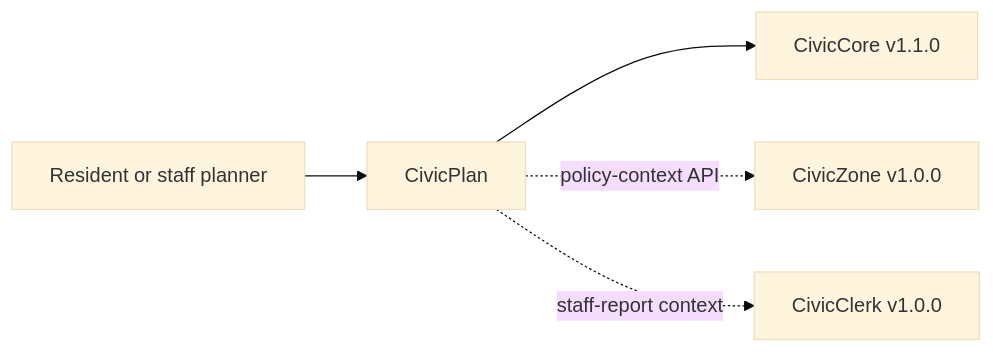
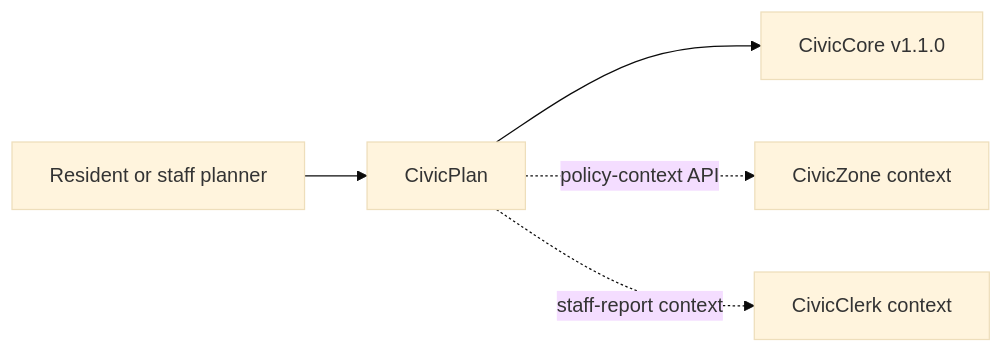
One commit to CivicSuite/civicplan changed the diagram in USER-MANUAL.md. Above: the diagram before and after it, drawn with Mermaid (base theme). The commit also changed other lines of this file and 14 other files, not shown here.

````diff
--- a/USER-MANUAL.md
+++ b/USER-MANUAL.md
@@ -44,7 +44,7 @@
 ```mermaid
 flowchart LR
   PublicUser["Resident or staff planner"] --> CivicPlan["CivicPlan"]
   CivicPlan --> CivicCore["CivicCore v1.1.0"]
-CivicPlan -. policy-context API .-> CivicZone["CivicZone v1.0.0"]
-CivicPlan -. staff-report context .-> CivicClerk["CivicClerk v1.0.0"]
+CivicPlan -. policy-context API .-> CivicZone["CivicZone context"]
+CivicPlan -. staff-report context .-> CivicClerk["CivicClerk context"]
 ```
````
